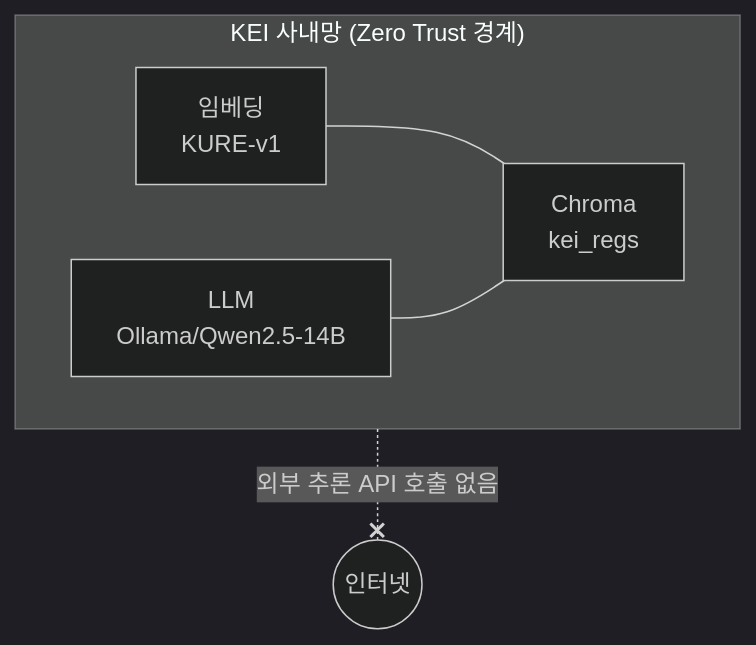
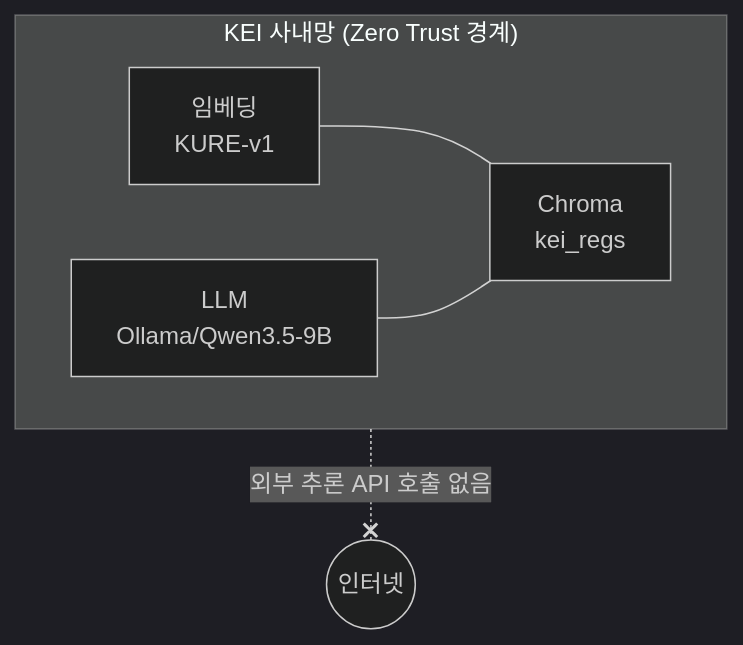
The second of 5 diagrams in docs/07-security-governance.md (mooner92/KEIAdminSuperv), drawn with Mermaid (dark theme) before and after one commit. The commit also changed other lines of this file and 17 other files, not shown here.

First line of the commit message:
docs: README + docs 전체 최신화 — Qwen3.5/Ollama·Next.js+TDS·7시스템·신규 플래그

````diff
--- a/docs/07-security-governance.md
+++ b/docs/07-security-governance.md
@@ -85,13 +85,13 @@
 ```mermaid
 flowchart TB
     subgraph KEI망["KEI 사내망 (Zero Trust 경계)"]
         direction LR
         E["임베딩<br/>KURE-v1"]
-        L["LLM<br/>Ollama/Qwen2.5-14B"]
+        L["LLM<br/>Ollama/Qwen3.5-9B"]
         C["Chroma<br/>kei_regs"]
         E --- C
         L --- C
     end
     INET((인터넷))
     KEI망 -. "외부 추론 API 호출 없음" .-x INET
 ```
````
